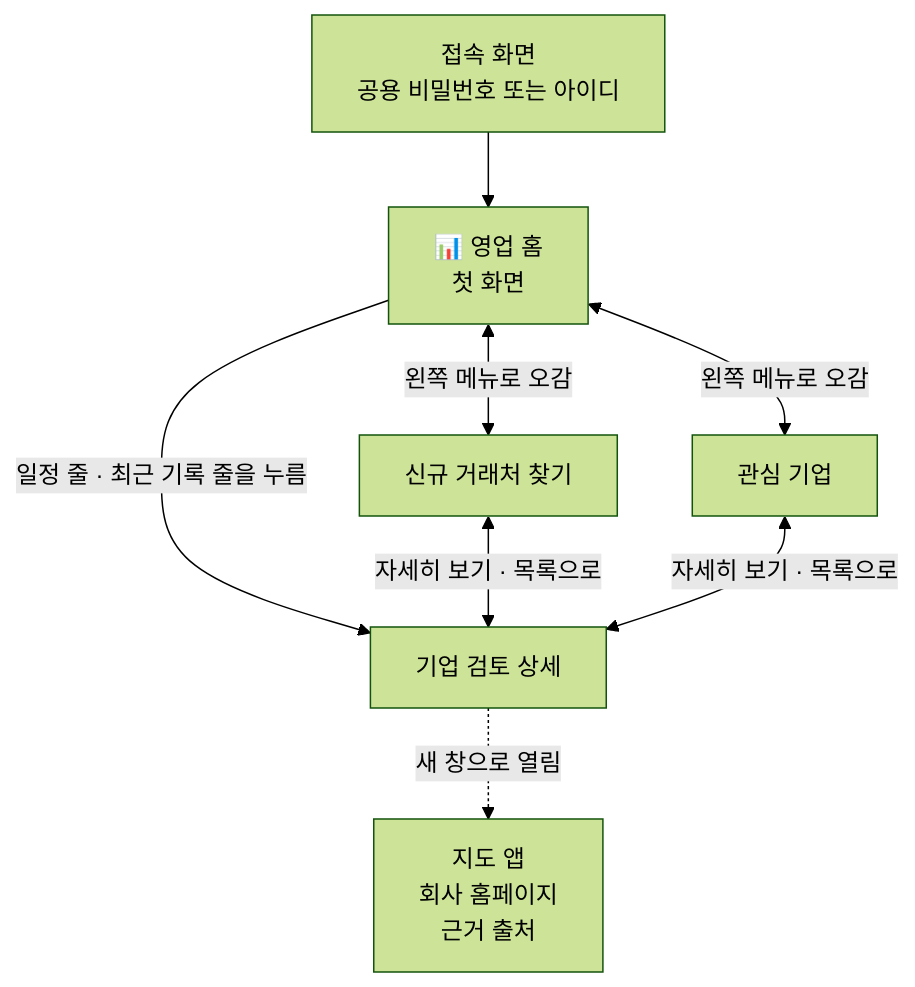
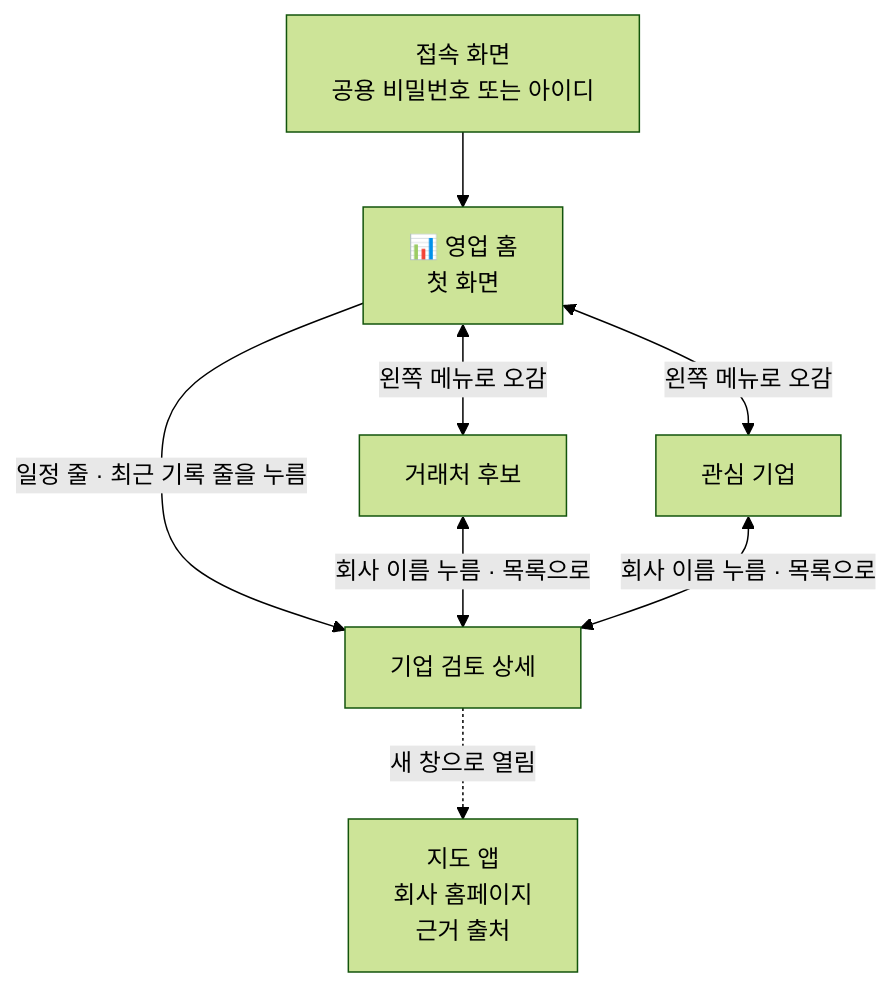
The second of 4 diagrams in docs/map/feature-map.md (agent-ddalgi-team/final-geosan), drawn with Mermaid (forest theme) before and after one commit. The commit also changed other lines of this file and 5 other files, not shown here.

````diff
--- a/docs/map/feature-map.md
+++ b/docs/map/feature-map.md
@@ -120,10 +120,10 @@
 ```mermaid
 flowchart TB
     G["접속 화면<br/>공용 비밀번호 또는 아이디"] --> D["📊 영업 홈<br/>첫 화면"]
-    D <-->|"왼쪽 메뉴로 오감"| L["신규 거래처 찾기"]
+    D <-->|"왼쪽 메뉴로 오감"| L["거래처 후보"]
     D <-->|"왼쪽 메뉴로 오감"| B["관심 기업"]
     D -->|"일정 줄 · 최근 기록 줄을 누름"| S["기업 검토 상세"]
-    L <-->|"자세히 보기 · 목록으로"| S
-    B <-->|"자세히 보기 · 목록으로"| S
+    L <-->|"회사 이름 누름 · 목록으로"| S
+    B <-->|"회사 이름 누름 · 목록으로"| S
     S -.->|"새 창으로 열림"| O["지도 앱<br/>회사 홈페이지<br/>근거 출처"]
 ```
````
